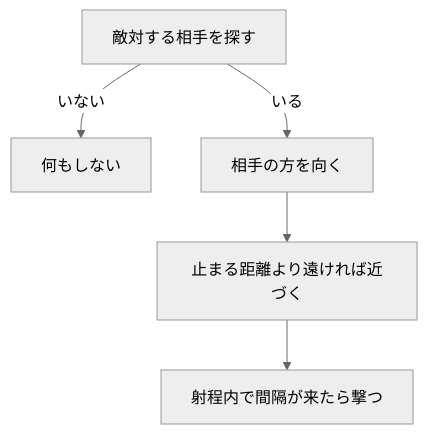
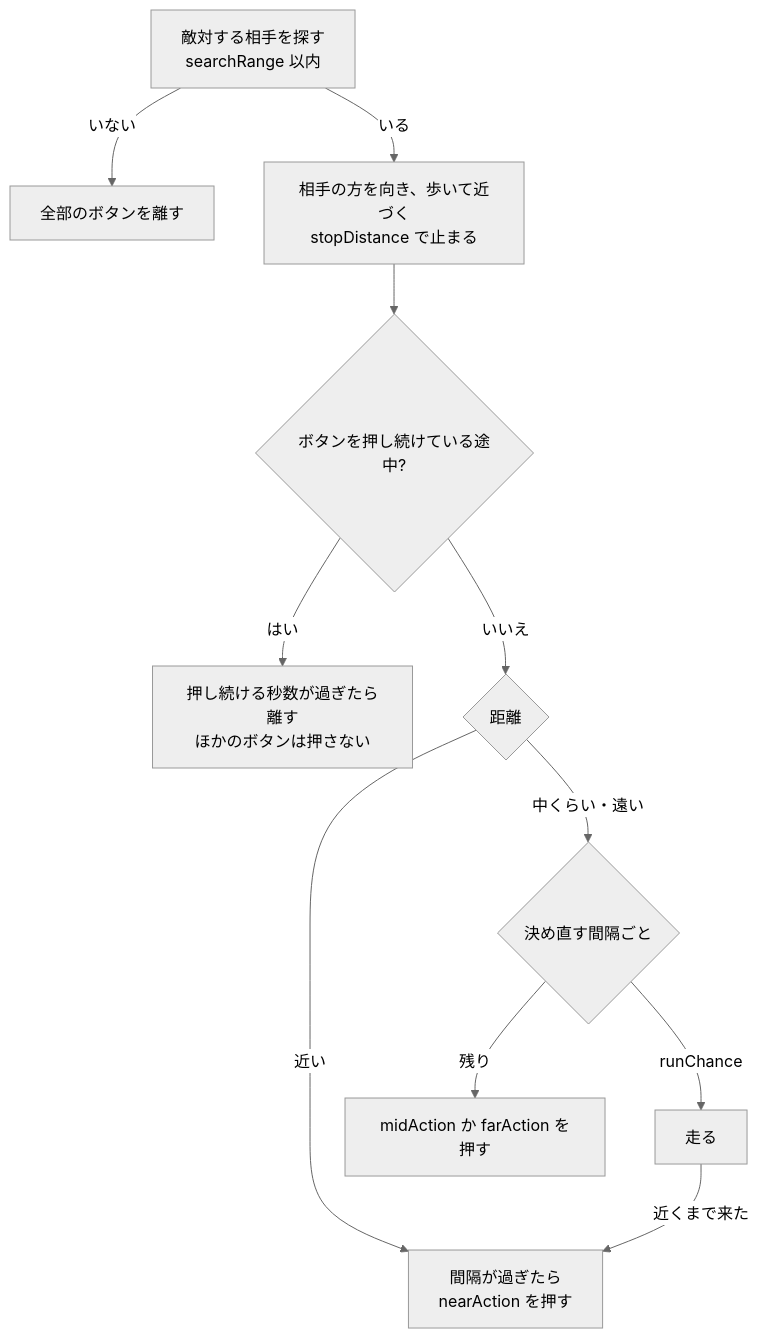
Before and after one commit to hirota-ryuki/Action: the diagram in Action/docs/ゲーム/キャラクター/NPCのAI/NPCのAIの設計.md, drawn with Mermaid (neutral theme). The commit also changed other lines of this file and 16 other files, not shown here.

````diff
--- a/Action/docs/ゲーム/キャラクター/NPCのAI/NPCのAIの設計.md
+++ b/Action/docs/ゲーム/キャラクター/NPCのAI/NPCのAIの設計.md
@@ -19,7 +20,13 @@
 ```mermaid
 flowchart TD
-    S[敵対する相手を探す] -->|いない| N[何もしない]
-    S -->|いる| L[相手の方を向く]
-    L --> M[止まる距離より遠ければ近づく]
-    M --> F[射程内で間隔が来たら撃つ]
+    S[敵対する相手を探す<br/>searchRange 以内] -->|いない| N[全部のボタンを離す]
+    S -->|いる| L[相手の方を向き、歩いて近づく<br/>stopDistance で止まる]
+    L --> H{ボタンを押し続けている途中?}
+    H -->|はい| K[押し続ける秒数が過ぎたら離す<br/>ほかのボタンは押さない]
+    H -->|いいえ| R{距離}
+    R -->|近い| A[間隔が過ぎたら<br/>nearAction を押す]
+    R -->|中くらい・遠い| D{決め直す間隔ごと}
+    D -->|runChance| RUN[走る]
+    D -->|残り| B[midAction か farAction を押す]
+    RUN -->|近くまで来た| A
 ```
````
